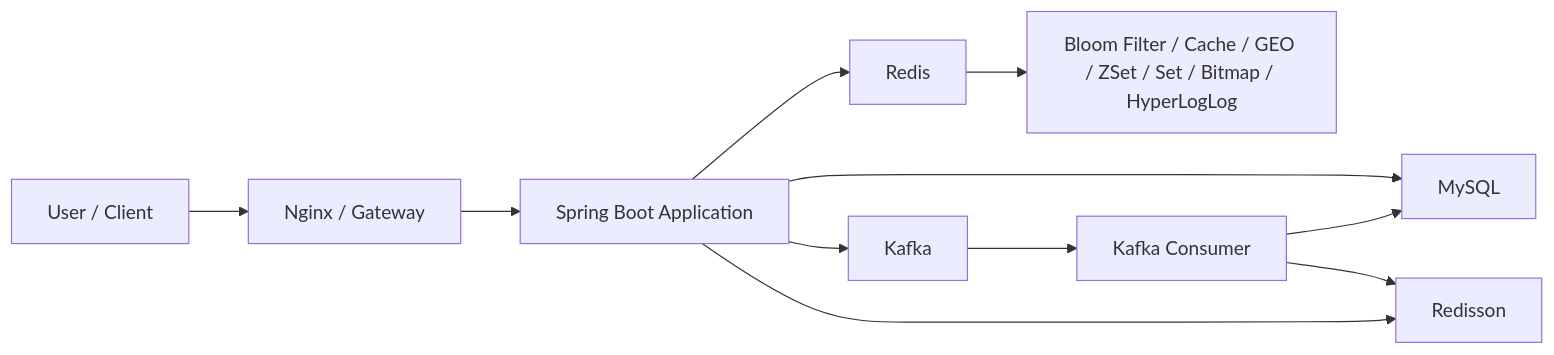
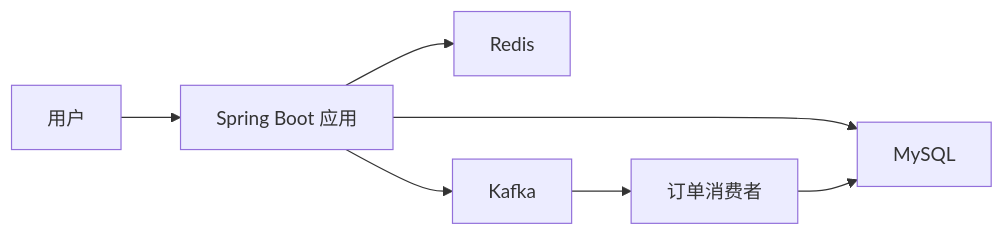
One commit to liang396/Rjsj changed the first of 2 diagrams in README.md. Above: the diagram before and after it, drawn with Mermaid. The commit also changed other lines of this file, not shown here.

````diff
--- a/README.md
+++ b/README.md
@@ -30,13 +35,9 @@
 ```mermaid
 flowchart LR
-    U["User / Client"] --> N["Nginx / Gateway"]
-    N --> A["Spring Boot Application"]
+    U["用户"] --> A["Spring Boot 应用"]
     A --> R["Redis"]
     A --> M["MySQL"]
     A --> K["Kafka"]
-    A --> RD["Redisson"]
-    R --> B["Bloom Filter / Cache / GEO / ZSet / Set / Bitmap / HyperLogLog"]
-    K --> C["Kafka Consumer"]
+    K --> C["订单消费者"]
     C --> M
-    C --> RD
 ```
````
